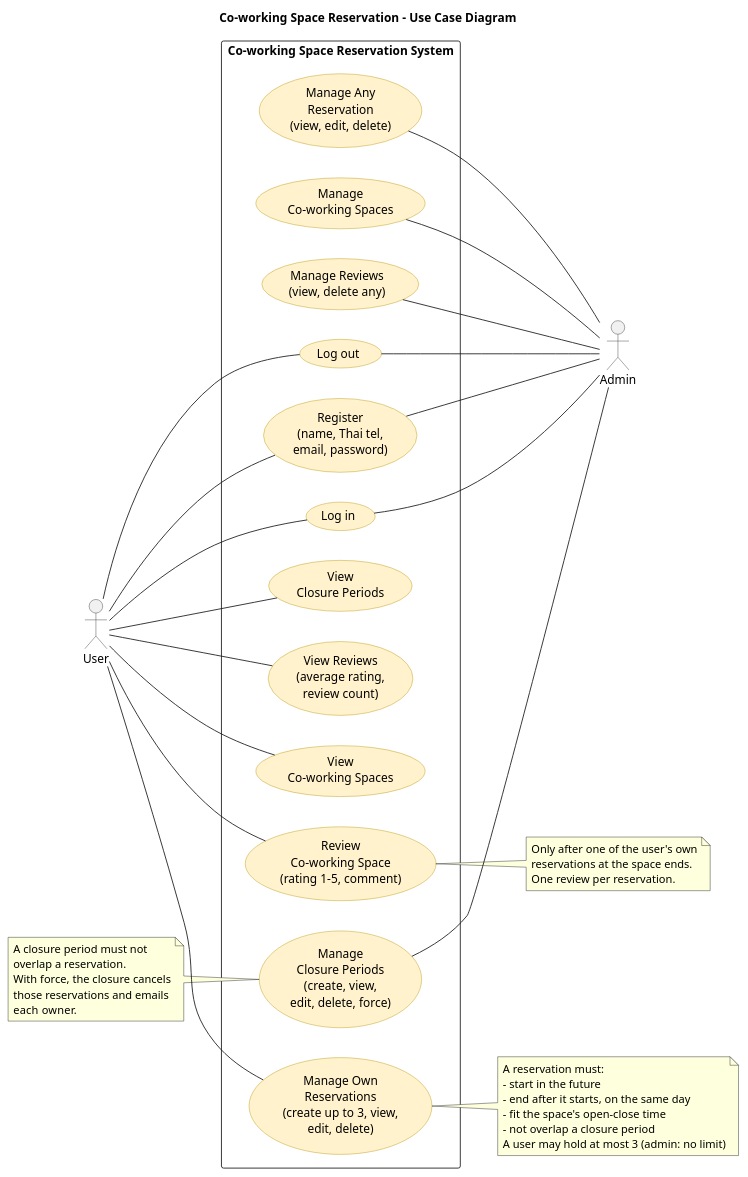
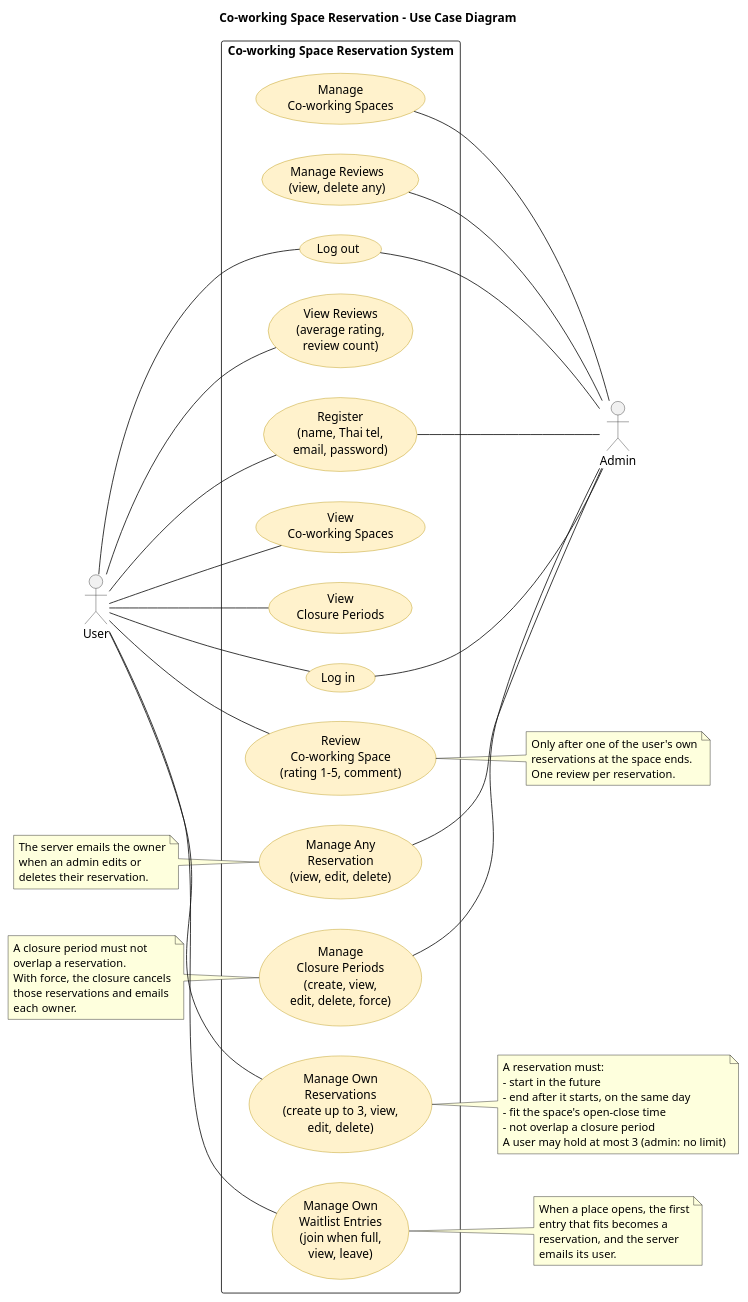
The diagram in docs/diagrams/usecase.puml (TonBoonchai/Co-working-Space-Reservation), drawn with PlantUML before and after one commit. The commit also changed 27 other files, not shown here.

First line of the commit message:
feat: add waitlist and emails for admin changes (#9)

```diff
--- a/docs/diagrams/usecase.puml
+++ b/docs/diagrams/usecase.puml
@@ -1,68 +1,83 @@
 @startuml
 title Co-working Space Reservation - Use Case Diagram
 left to right direction
 skinparam packageStyle rectangle
 skinparam usecase {
   BackgroundColor #FFF2CC
   BorderColor #B7950B
 }
 skinparam actorBorderColor #333333
 
 actor "User" as user
 actor "Admin" as admin
 
 rectangle "Co-working Space Reservation System" {
   usecase "Register\n(name, Thai tel,\nemail, password)" as register
   usecase "Log in" as login
   usecase "Log out" as logout
   usecase "View\nCo-working Spaces" as viewSpaces
   usecase "View\nClosure Periods" as viewClosures
   usecase "View Reviews\n(average rating,\nreview count)" as viewReviews
   usecase "Review\nCo-working Space\n(rating 1-5, comment)" as review
   usecase "Manage Own\nReservations\n(create up to 3, view,\nedit, delete)" as manageOwn
   usecase "Manage Any\nReservation\n(view, edit, delete)" as manageAny
   usecase "Manage\nCo-working Spaces" as manageSpaces
   usecase "Manage\nClosure Periods\n(create, view,\nedit, delete, force)" as manageClosures
   usecase "Manage Reviews\n(view, delete any)" as manageReviews
+  usecase "Manage Own\nWaitlist Entries\n(join when full,\nview, leave)" as waitlist
 }
 
 user -- register
 user -- login
 user -- logout
 user -- viewSpaces
 user -- viewClosures
 user -- manageOwn
 user -- viewReviews
 user -- review
+user -- waitlist
 
 register -- admin
 login -- admin
 logout -- admin
 manageAny -- admin
 manageSpaces -- admin
 manageClosures -- admin
 manageReviews -- admin
 
 note right of manageOwn
   A reservation must:
   - start in the future
   - end after it starts, on the same day
   - fit the space's open-close time
   - not overlap a closure period
   A user may hold at most 3 (admin: no limit)
 end note
 
 note right of review
   Only after one of the user's own
   reservations at the space ends.
   One review per reservation.
 end note
 
+note right of waitlist
+  When a place opens, the first
+  entry that fits becomes a
+  reservation, and the server
+  emails its user.
+end note
+
+note left of manageAny
+  The server emails the owner
+  when an admin edits or
+  deletes their reservation.
+end note
+
 note left of manageClosures
   A closure period must not
   overlap a reservation.
   With force, the closure cancels
   those reservations and emails
   each owner.
 end note
 @enduml
```
